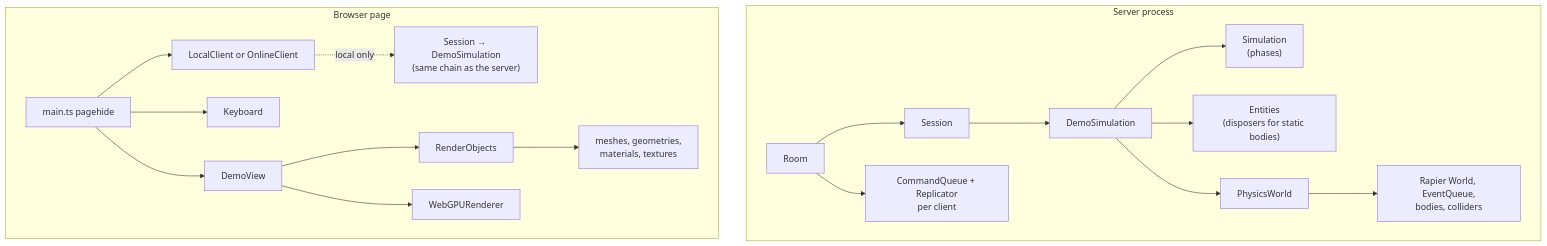
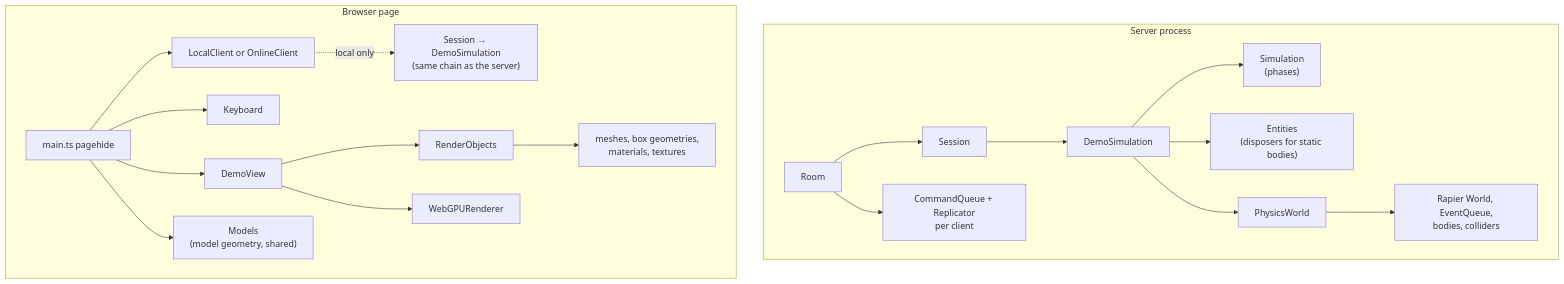
One commit to jensbaagaard/gameEngineTS-rapier changed the seventh of 8 diagrams in ARCHITECTURE.md. Above: the diagram before and after it, drawn with Mermaid. The commit also changed other lines of this file and 19 other files, not shown here.

````diff
--- a/ARCHITECTURE.md
+++ b/ARCHITECTURE.md
@@ -228,22 +229,23 @@
 ```mermaid
 flowchart TB
   subgraph server["Server process"]
     room["Room"] --> session["Session"]
     session --> demo["DemoSimulation"]
     demo --> phases["Simulation<br/>(phases)"]
     demo --> entities["Entities<br/>(disposers for static bodies)"]
     demo --> pw["PhysicsWorld"]
     pw --> rapier["Rapier World, EventQueue,<br/>bodies, colliders"]
     room --> cq["CommandQueue + Replicator<br/>per client"]
   end
 
   subgraph page["Browser page"]
     main["main.ts pagehide"] --> client["LocalClient or OnlineClient"]
     main --> kb["Keyboard"]
     main --> dv["DemoView"]
+    main --> models["Models<br/>(model geometry, shared)"]
     client -.->|"local only"| session2["Session → DemoSimulation<br/>(same chain as the server)"]
     dv --> ro["RenderObjects"]
-    ro --> gpu["meshes, geometries,<br/>materials, textures"]
+    ro --> gpu["meshes, box geometries,<br/>materials, textures"]
     dv --> renderer["WebGPURenderer"]
   end
 ```
````
